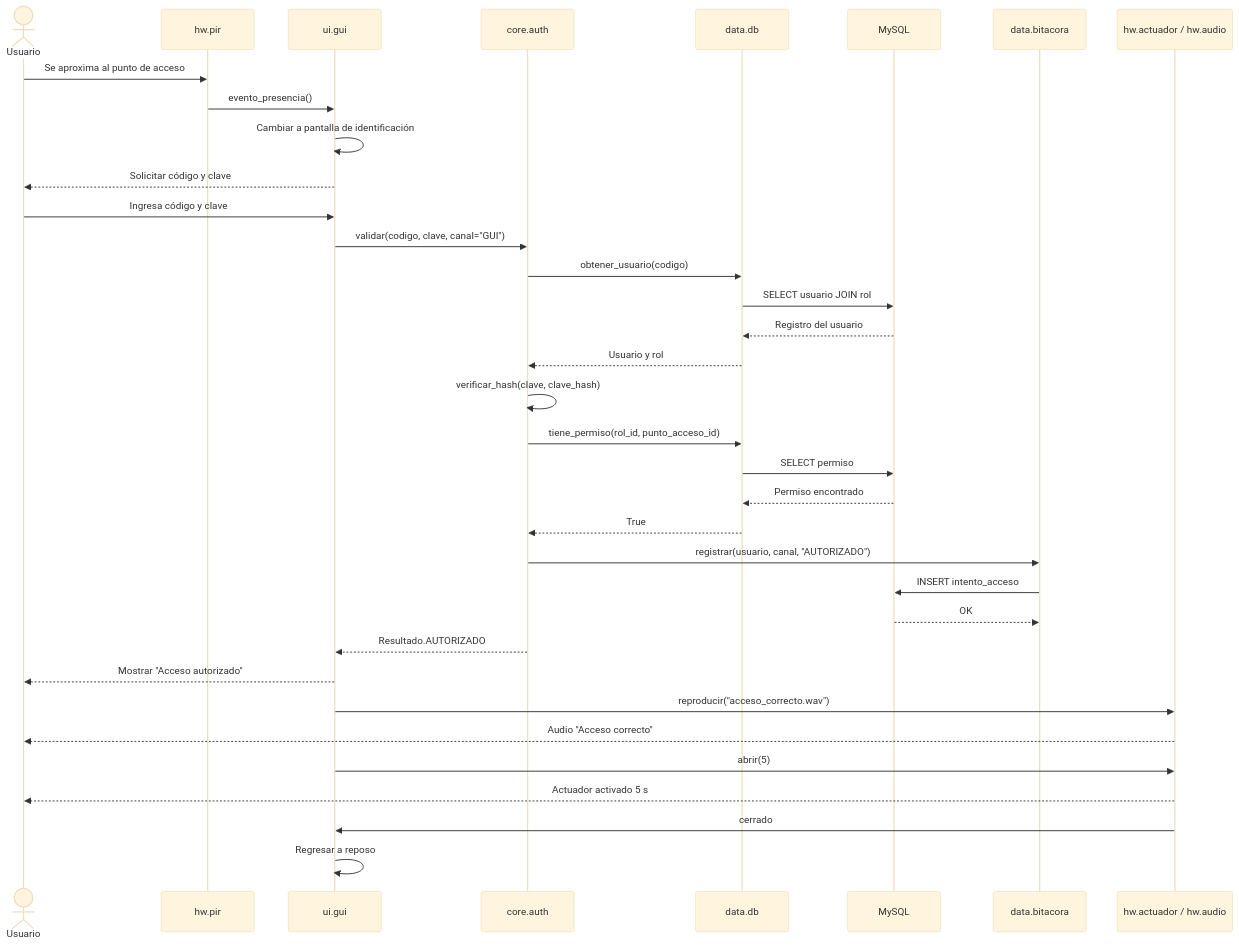
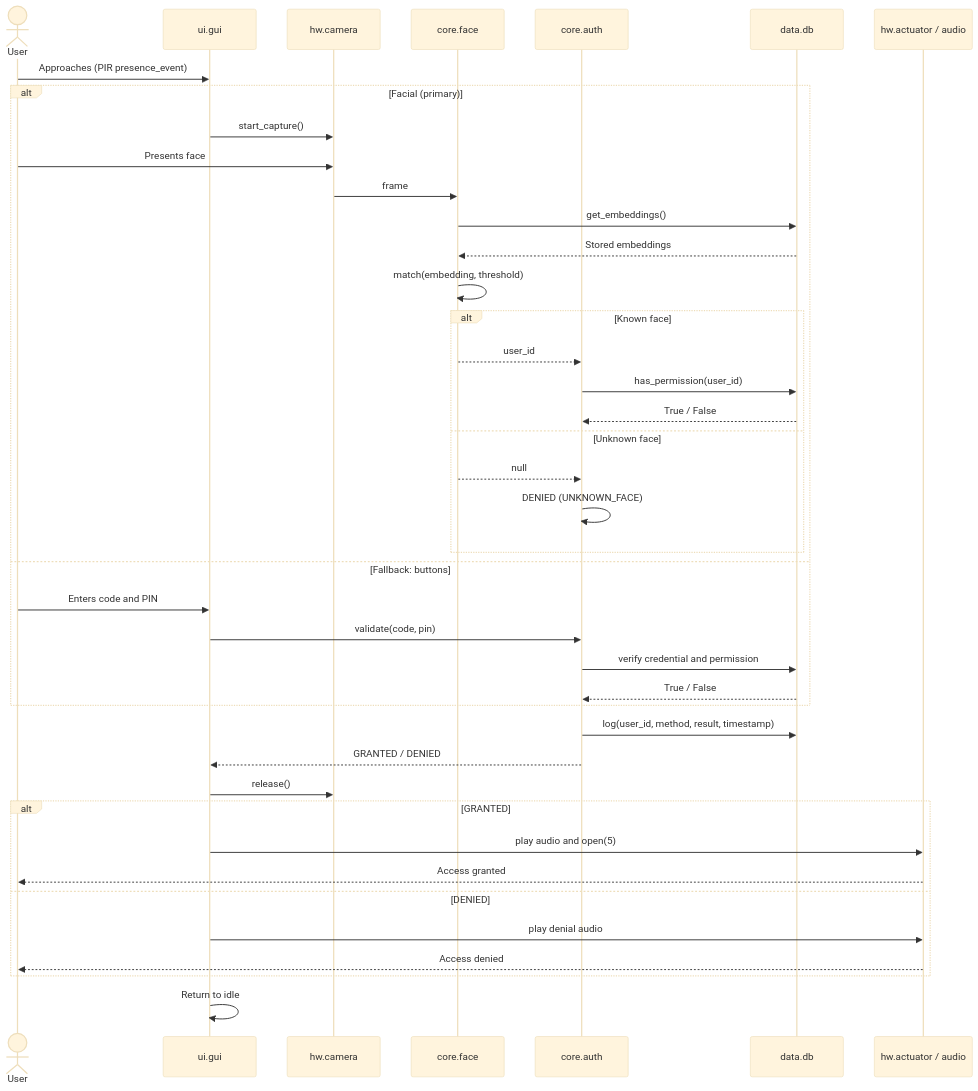
Before and after one commit to MrGodie/ControlAccesoRPI: the diagram in docs/sequence.md, drawn with Mermaid (base theme). The commit also changed 3 other files, not shown here.

Commit message:
PIC-22 PIC-24 PIC-58 Updated de original flowcharts

````diff
--- a/docs/sequence.md
+++ b/docs/sequence.md
@@ -1,43 +1,47 @@
 ```mermaid
 sequenceDiagram
-    actor U as Usuario
-    participant PIR as hw.pir
+    actor U as User
     participant GUI as ui.gui
+    participant CAM as hw.camera
+    participant FACE as core.face
     participant Core as core.auth
     participant DB as data.db
-    participant MySQL as MySQL
-    participant Log as data.bitacora
-    participant HW as hw.actuador / hw.audio
+    participant HW as hw.actuator / audio
 
-    U->>PIR: Se aproxima al punto de acceso
-    PIR->>GUI: evento_presencia()
-    GUI->>GUI: Cambiar a pantalla de identificación
-    GUI-->>U: Solicitar código y clave
+    U->>GUI: Approaches (PIR presence_event)
 
-    U->>GUI: Ingresa código y clave
-    GUI->>Core: validar(codigo, clave, canal="GUI")
+    alt Facial (primary)
+        GUI->>CAM: start_capture()
+        U->>CAM: Presents face
+        CAM->>FACE: frame
+        FACE->>DB: get_embeddings()
+        DB-->>FACE: Stored embeddings
+        FACE->>FACE: match(embedding, threshold)
+        alt Known face
+            FACE-->>Core: user_id
+            Core->>DB: has_permission(user_id)
+            DB-->>Core: True / False
+        else Unknown face
+            FACE-->>Core: null
+            Core->>Core: DENIED (UNKNOWN_FACE)
+        end
+    else Fallback: buttons
+        U->>GUI: Enters code and PIN
+        GUI->>Core: validate(code, pin)
+        Core->>DB: verify credential and permission
+        DB-->>Core: True / False
+    end
 
-    Core->>DB: obtener_usuario(codigo)
-    DB->>MySQL: SELECT usuario JOIN rol
-    MySQL-->>DB: Registro del usuario
-    DB-->>Core: Usuario y rol
+    Core->>DB: log(user_id, method, result, timestamp)
+    Core-->>GUI: GRANTED / DENIED
+    GUI->>CAM: release()
 
-    Core->>Core: verificar_hash(clave, clave_hash)
-    Core->>DB: tiene_permiso(rol_id, punto_acceso_id)
-    DB->>MySQL: SELECT permiso
-    MySQL-->>DB: Permiso encontrado
-    DB-->>Core: True
-
-    Core->>Log: registrar(usuario, canal, "AUTORIZADO")
-    Log->>MySQL: INSERT intento_acceso
-    MySQL-->>Log: OK
-    Core-->>GUI: Resultado.AUTORIZADO
-
-    GUI-->>U: Mostrar "Acceso autorizado"
-    GUI->>HW: reproducir("acceso_correcto.wav")
-    HW-->>U: Audio "Acceso correcto"
-    GUI->>HW: abrir(5)
-    HW-->>U: Actuador activado 5 s
-    HW->>GUI: cerrado
-    GUI->>GUI: Regresar a reposo
+    alt GRANTED
+        GUI->>HW: play audio and open(5)
+        HW-->>U: Access granted
+    else DENIED
+        GUI->>HW: play denial audio
+        HW-->>U: Access denied
+    end
+    GUI->>GUI: Return to idle
 ```
````
